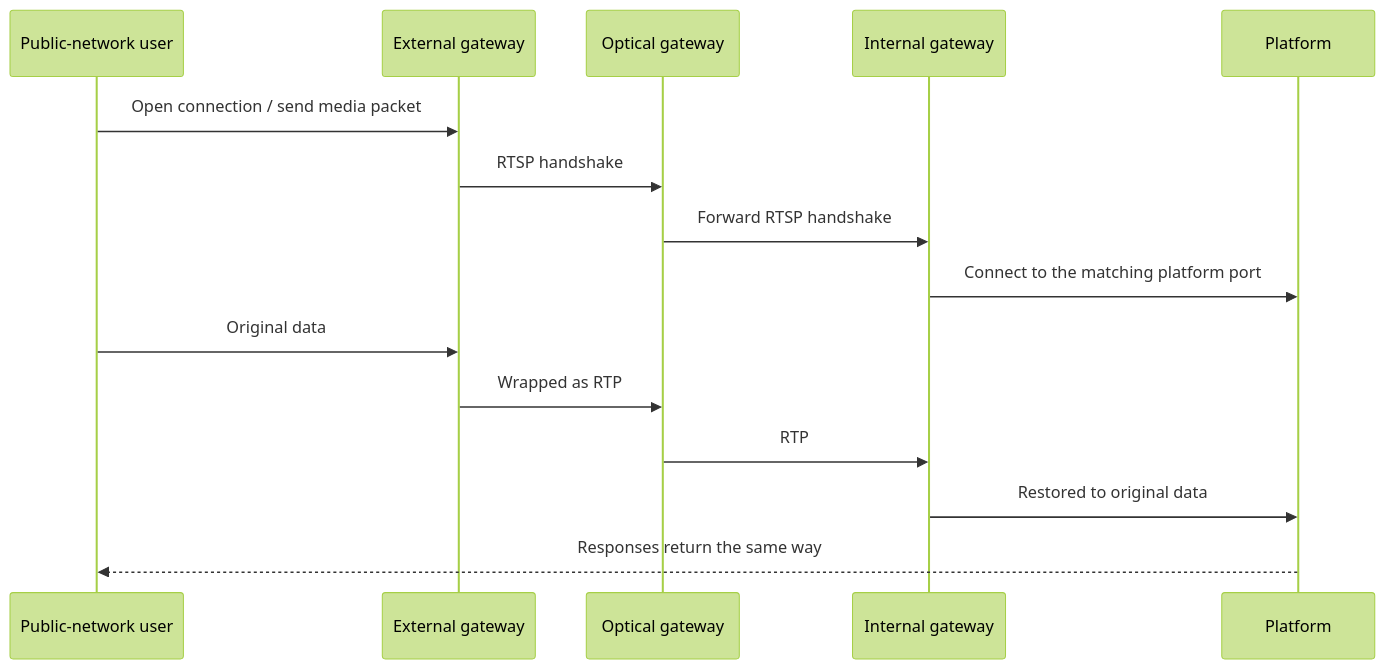
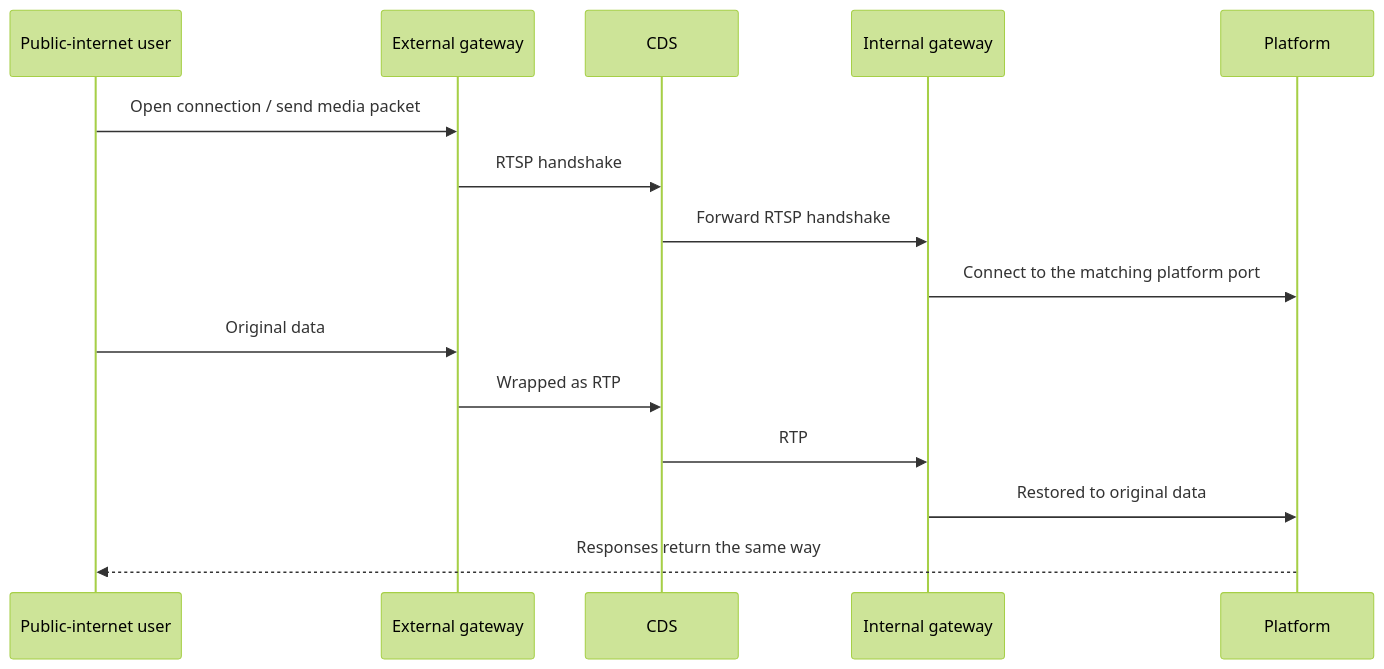
One commit to seastart/stmlink-docs changed the second of 2 diagrams in en/product/deploy/optical-gap.md. Above: the diagram before and after it, drawn with Mermaid (forest theme). The commit also changed other lines of this file and 15 other files, not shown here.

````diff
--- a/en/product/deploy/optical-gap.md
+++ b/en/product/deploy/optical-gap.md
@@ -55,18 +55,18 @@
 ```mermaid
 sequenceDiagram
-    participant C as Public-network user
+    participant C as Public-internet user
     participant O as External gateway
-    participant G as Optical gateway
+    participant G as CDS
     participant I as Internal gateway
     participant P as Platform
 
     C->>O: Open connection / send media packet
     O->>G: RTSP handshake
     G->>I: Forward RTSP handshake
     I->>P: Connect to the matching platform port
     C->>O: Original data
     O->>G: Wrapped as RTP
     G->>I: RTP
     I->>P: Restored to original data
     P-->>C: Responses return the same way
 ```
````
